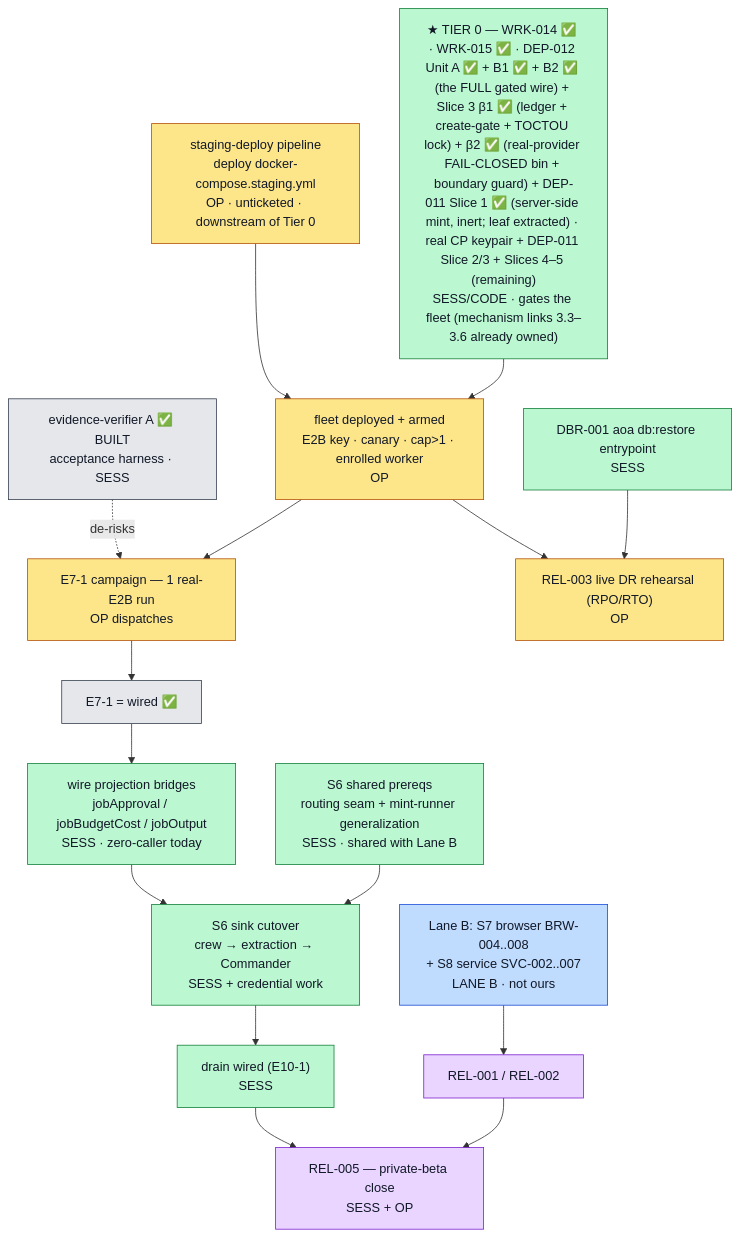
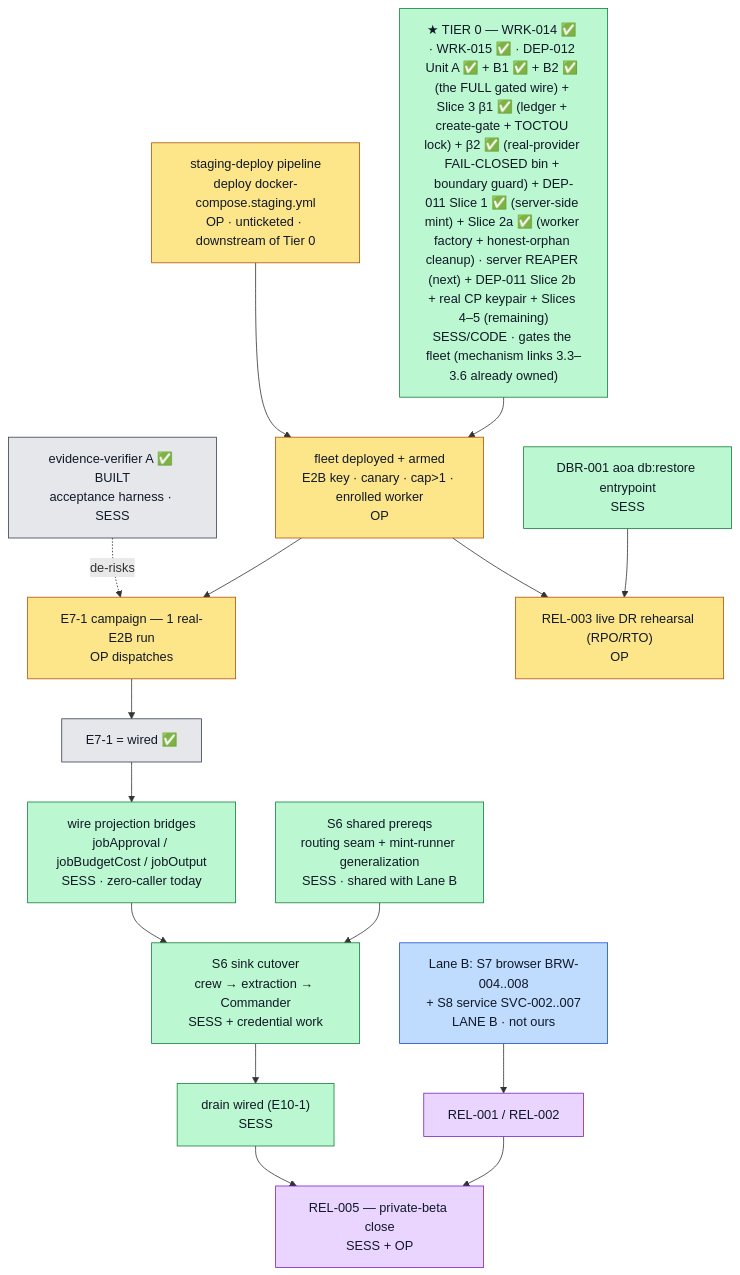
The diagram in docs/replatform/GO-BOOK.md (MeteoriteLabs/AoA), drawn with Mermaid before and after one commit. The commit also changed other lines of this file, not shown here.

First line of the commit message:
docs(DEP-011): Slice 2a verified CI-green — go-book truth pass

````diff
--- a/docs/replatform/GO-BOOK.md
+++ b/docs/replatform/GO-BOOK.md
@@ -240,34 +249,34 @@
 ```mermaid
 flowchart TD
   V["evidence-verifier A ✅ BUILT<br/>acceptance harness · SESS"]:::done
   C0["staging-deploy pipeline<br/>deploy docker-compose.staging.yml<br/>OP · unticketed · downstream of Tier 0"]:::op
-  D11["★ TIER 0 — WRK-014 ✅ · WRK-015 ✅ · DEP-012 Unit A ✅ + B1 ✅ + B2 ✅ (the FULL gated wire) + Slice 3 β1 ✅ (ledger + create-gate + TOCTOU lock) + β2 ✅ (real-provider FAIL-CLOSED bin + boundary guard) + DEP-011 Slice 1 ✅ (server-side mint, inert; leaf extracted) · real CP keypair + DEP-011 Slice 2/3 + Slices 4–5 (remaining)<br/>SESS/CODE · gates the fleet (mechanism links 3.3–3.6 already owned)"]:::sess
+  D11["★ TIER 0 — WRK-014 ✅ · WRK-015 ✅ · DEP-012 Unit A ✅ + B1 ✅ + B2 ✅ (the FULL gated wire) + Slice 3 β1 ✅ (ledger + create-gate + TOCTOU lock) + β2 ✅ (real-provider FAIL-CLOSED bin + boundary guard) + DEP-011 Slice 1 ✅ (server-side mint) + Slice 2a ✅ (worker factory + honest-orphan cleanup) · server REAPER (next) + DEP-011 Slice 2b + real CP keypair + Slices 4–5 (remaining)<br/>SESS/CODE · gates the fleet (mechanism links 3.3–3.6 already owned)"]:::sess
   C2["fleet deployed + armed<br/>E2B key · canary · cap&gt;1 · enrolled worker<br/>OP"]:::op
   C3["E7-1 campaign — 1 real-E2B run<br/>OP dispatches"]:::op
   CW["E7-1 = wired ✅"]:::done
   BR["wire projection bridges<br/>jobApproval / jobBudgetCost / jobOutput<br/>SESS · zero-caller today"]:::sess
   RT["S6 shared prereqs<br/>routing seam + mint-runner generalization<br/>SESS · shared with Lane B"]:::sess
   SK["S6 sink cutover<br/>crew → extraction → Commander<br/>SESS + credential work"]:::sess
   DR["drain wired (E10-1)<br/>SESS"]:::sess
   R5["REL-005 — private-beta close<br/>SESS + OP"]:::mix
   LB["Lane B: S7 browser BRW-004..008<br/>+ S8 service SVC-002..007<br/>LANE B · not ours"]:::laneb
   R1["REL-001 / REL-002"]:::mix
   DBR["DBR-001 aoa db:restore entrypoint<br/>SESS"]:::sess
   R3["REL-003 live DR rehearsal (RPO/RTO)<br/>OP"]:::op
 
   V -.->|de-risks| C3
   C0 --> C2
   D11 --> C2
   C2 --> C3 --> CW --> BR --> SK
   RT --> SK
   SK --> DR --> R5
   LB --> R1 --> R5
   DBR --> R3
   C2 --> R3
 
   classDef op fill:#fde68a,stroke:#b45309,color:#111827;
   classDef sess fill:#bbf7d0,stroke:#15803d,color:#111827;
   classDef laneb fill:#bfdbfe,stroke:#1d4ed8,color:#111827;
   classDef done fill:#e5e7eb,stroke:#374151,color:#111827;
   classDef mix fill:#e9d5ff,stroke:#7e22ce,color:#111827;
 ```
````
